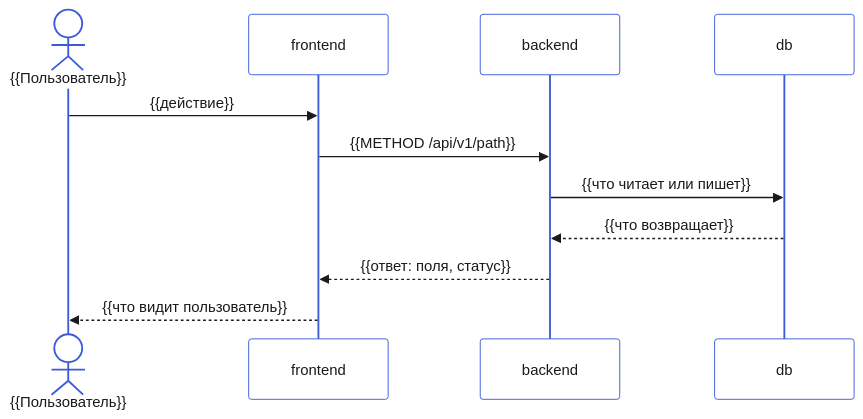
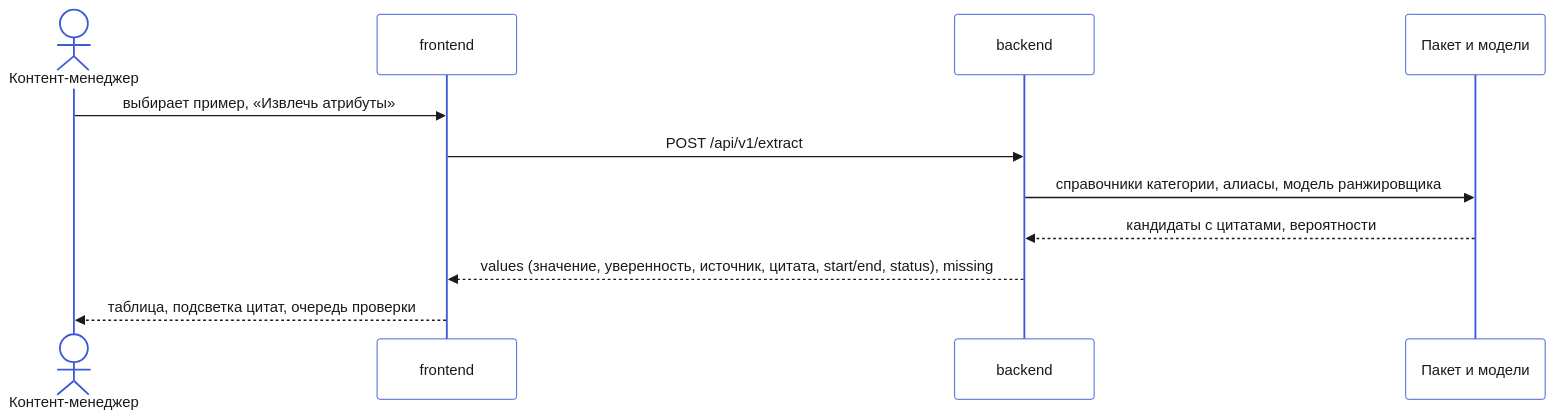
Before and after one commit to GoatWhistle/mvideo: the third of 3 diagrams in docs/architecture.md, drawn with Mermaid. The commit also changed other lines of this file and 3 other files, not shown here.

Commit message:
docs: describe architecture, dependencies and glossary

````diff
--- a/docs/architecture.md
+++ b/docs/architecture.md
@@ -57,14 +59,14 @@
 ```mermaid
 %%{init: {"theme":"base","themeVariables":{"primaryColor":"#ffffff","primaryTextColor":"#1a1a1e","primaryBorderColor":"#3d5bd9","secondaryColor":"#ececee","tertiaryColor":"#f6f6f7","lineColor":"#686872","textColor":"#1a1a1e","noteBkgColor":"#ececee","noteTextColor":"#54545c","actorBkg":"#ffffff","actorBorder":"#3d5bd9","fontFamily":"Inter Variable"}}}%%
 sequenceDiagram
-    actor U as {{Пользователь}}
+    actor U as Контент-менеджер
     participant FE as frontend
     participant BE as backend
-    participant DB as db
-    U->>FE: {{действие}}
-    FE->>BE: {{METHOD /api/v1/path}}
-    BE->>DB: {{что читает или пишет}}
-    DB-->>BE: {{что возвращает}}
-    BE-->>FE: {{ответ: поля, статус}}
-    FE-->>U: {{что видит пользователь}}
+    participant M as Пакет и модели
+    U->>FE: выбирает пример, «Извлечь атрибуты»
+    FE->>BE: POST /api/v1/extract
+    BE->>M: справочники категории, алиасы, модель ранжировщика
+    M-->>BE: кандидаты с цитатами, вероятности
+    BE-->>FE: values (значение, уверенность, источник, цитата, start/end, status), missing
+    FE-->>U: таблица, подсветка цитат, очередь проверки
 ```
````
